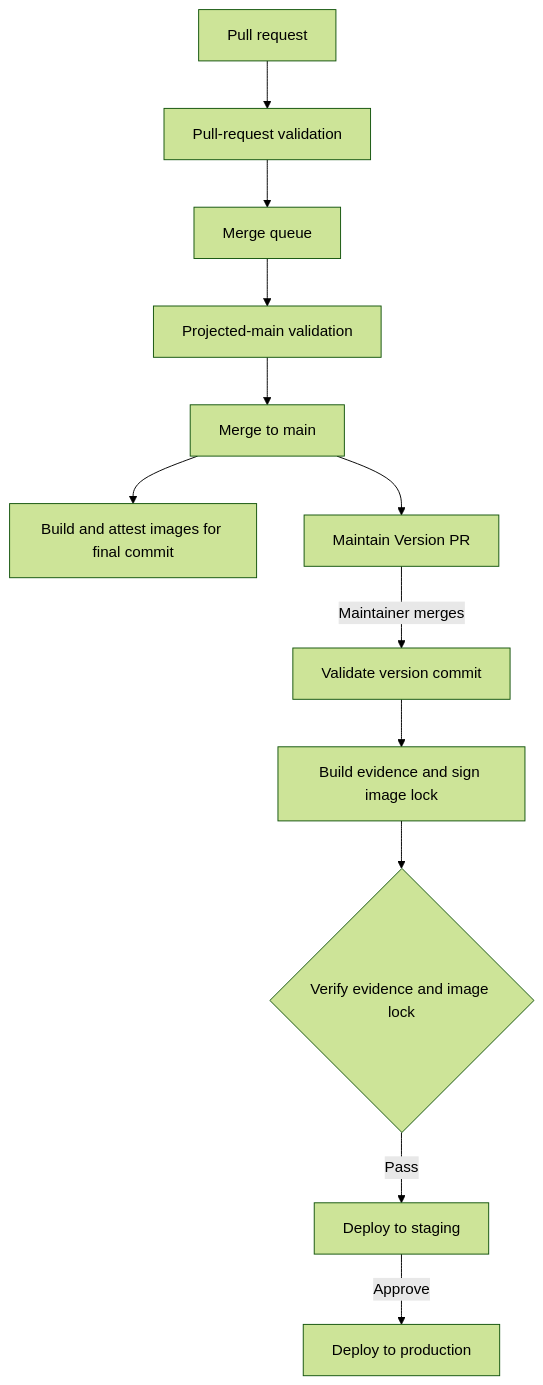
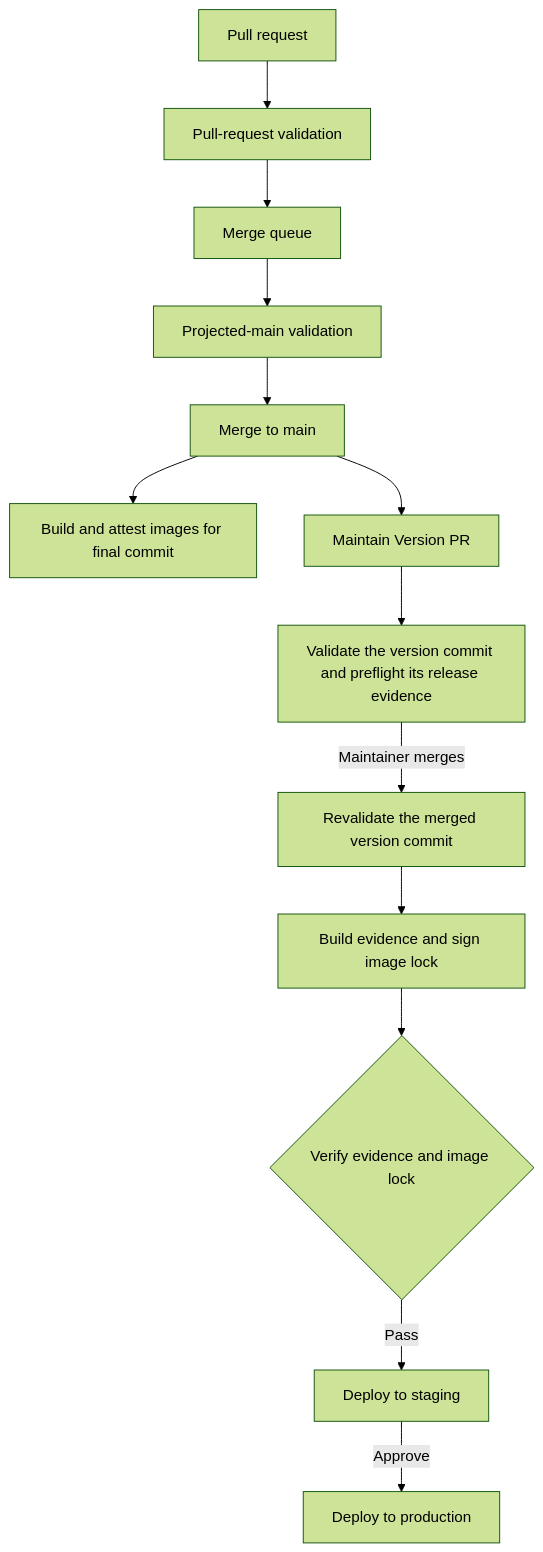
One commit to ls1intum/Hephaestus changed the diagram in docs/contributor/ci-cd.mdx. Above: the diagram before and after it, drawn with Mermaid (forest theme). The commit also changed other lines of this file and 13 other files, not shown here.

````diff
--- a/docs/contributor/ci-cd.mdx
+++ b/docs/contributor/ci-cd.mdx
@@ -16,16 +16,17 @@
 ```mermaid
 flowchart TD
     accTitle: Pull request delivery pipeline
     accDescr: Pull-request and merge-group validation protect main; final-SHA images become signed releases that deploy to staging before production approval.
     PR[Pull request] --> PRCI[Pull-request validation]
     PRCI --> Queue[Merge queue]
     Queue --> MG[Projected-main validation]
     MG --> Main[Merge to main]
     Main --> Images[Build and attest images for final commit]
     Main --> VP[Maintain Version PR]
-    VP -->|Maintainer merges| ReleaseCI[Validate version commit]
+    VP --> VPCI[Validate the version commit and preflight its release evidence]
+    VPCI -->|Maintainer merges| ReleaseCI[Revalidate the merged version commit]
     ReleaseCI --> Evidence[Build evidence and sign image lock]
     Evidence --> Verify{Verify evidence and image lock}
     Verify -->|Pass| Staging[Deploy to staging]
     Staging -->|Approve| Prod[Deploy to production]
 ```
````
